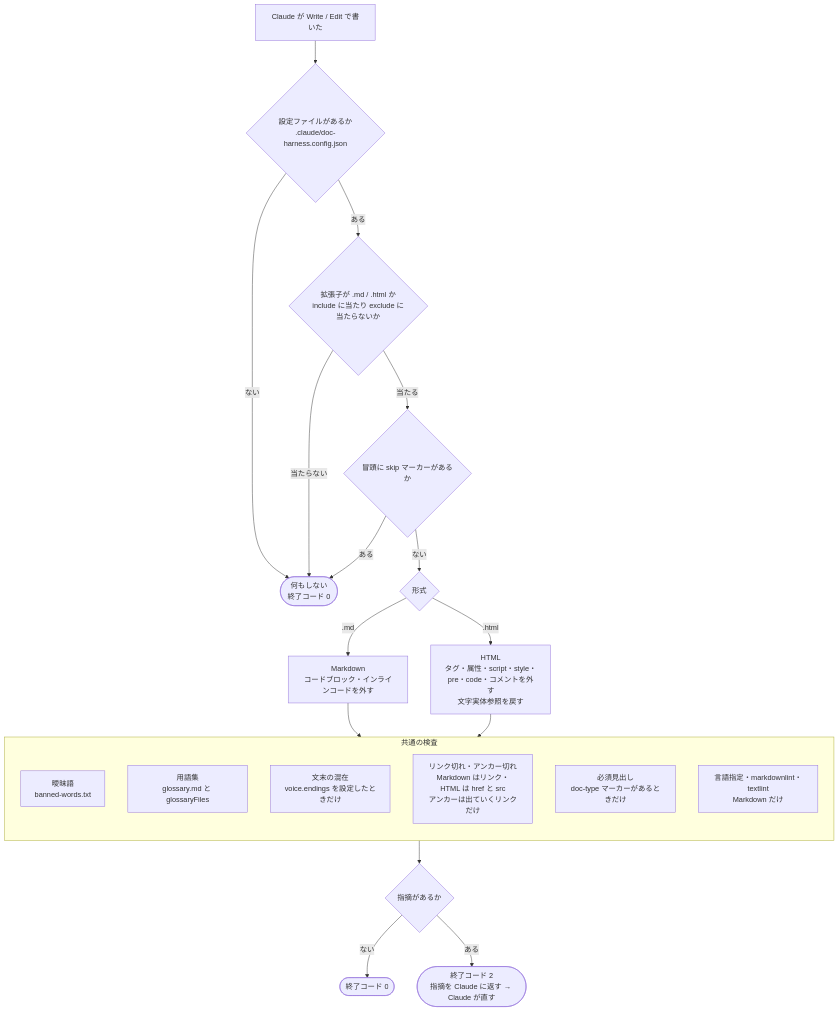
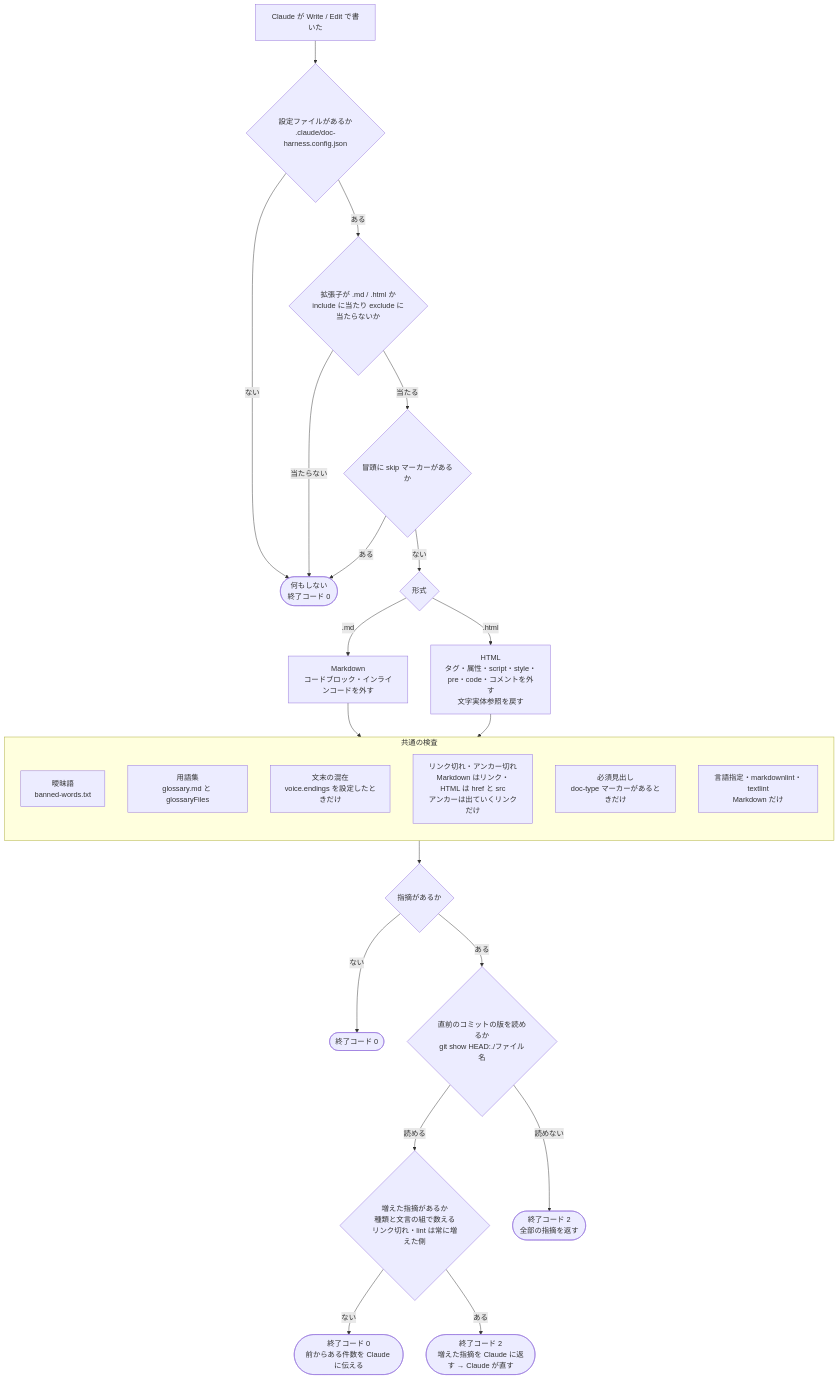
One commit to mizuta0711/claude-doc-harness changed the first of 2 diagrams in docs/diagrams/04_フック検査の流れ図.md. Above: the diagram before and after it, drawn with Mermaid. The commit also changed other lines of this file and 24 other files, not shown here.

````diff
--- a/docs/diagrams/04_フック検査の流れ図.md
+++ b/docs/diagrams/04_フック検査の流れ図.md
@@ -21,39 +22,47 @@
 ```mermaid
 flowchart TD
     W["Claude が Write / Edit で書いた"]
     C1{"設定ファイルがあるか<br/>.claude/doc-harness.config.json"}
     C2{"拡張子が .md / .html か<br/>include に当たり exclude に当たらないか"}
     C3{"冒頭に skip マーカーがあるか"}
     PASS(["何もしない<br/>終了コード 0"])
 
     FMT{"形式"}
     MD["Markdown<br/>コードブロック・インラインコードを外す"]
     HTML["HTML<br/>タグ・属性・script・style・pre・code・コメントを外す<br/>文字実体参照を戻す"]
 
     subgraph CHECKS["共通の検査"]
         direction TB
         K1["曖昧語<br/>banned-words.txt"]
         K2["用語集<br/>glossary.md と glossaryFiles"]
         K3["文末の混在<br/>voice.endings を設定したときだけ"]
         K4["リンク切れ・アンカー切れ<br/>Markdown はリンク・HTML は href と src<br/>アンカーは出ていくリンクだけ"]
         K5["必須見出し<br/>doc-type マーカーがあるときだけ"]
         K6["言語指定・markdownlint・textlint<br/>Markdown だけ"]
     end
 
     R{"指摘があるか"}
     OK(["終了コード 0"])
-    NG(["終了コード 2<br/>指摘を Claude に返す → Claude が直す"])
+    HEAD{"直前のコミットの版を読めるか<br/>git show HEAD:./ファイル名"}
+    DIFF{"増えた指摘があるか<br/>種類と文言の組で数える<br/>リンク切れ・lint は常に増えた側"}
+    KEPT(["終了コード 0<br/>前からある件数を Claude に伝える"])
+    NG(["終了コード 2<br/>増えた指摘を Claude に返す → Claude が直す"])
+    NGALL(["終了コード 2<br/>全部の指摘を返す"])
 
     W --> C1
     C1 -- ない --> PASS
     C1 -- ある --> C2
     C2 -- 当たらない --> PASS
     C2 -- 当たる --> C3
     C3 -- ある --> PASS
     C3 -- ない --> FMT
     FMT -- .md --> MD --> CHECKS
     FMT -- .html --> HTML --> CHECKS
     CHECKS --> R
     R -- ない --> OK
-    R -- ある --> NG
+    R -- ある --> HEAD
+    HEAD -- 読めない --> NGALL
+    HEAD -- 読める --> DIFF
+    DIFF -- ない --> KEPT
+    DIFF -- ある --> NG
 ```
````
